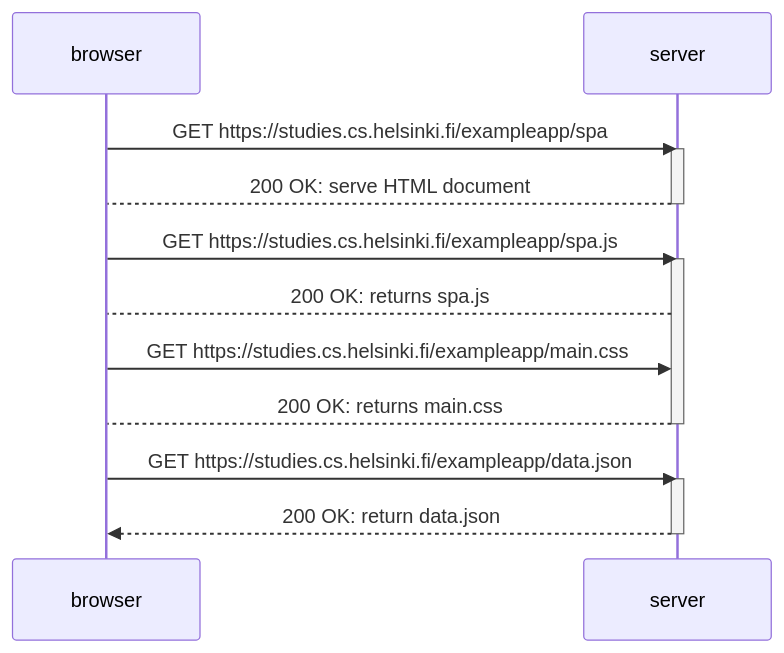
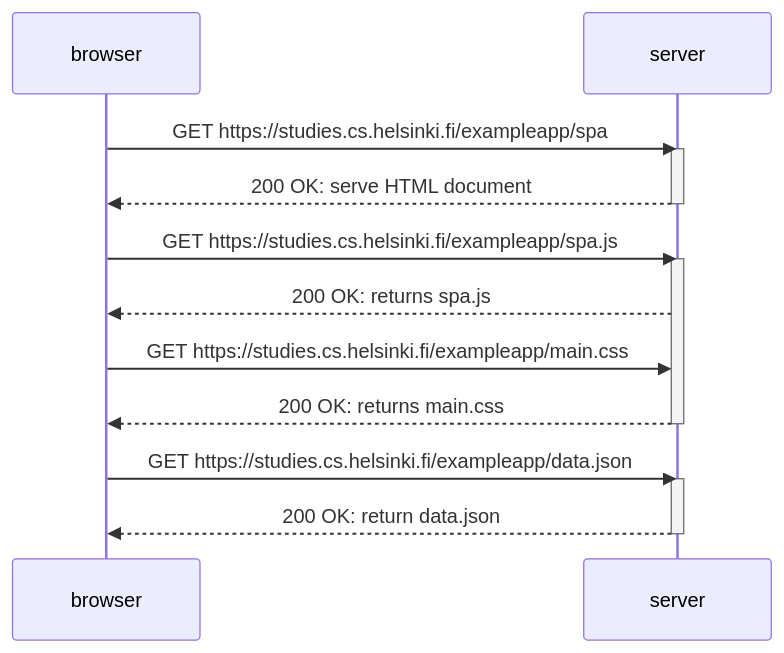
One commit to lolaler/fullstack changed the diagram in part0/spa-diagram.md. Above: the diagram before and after it, drawn with Mermaid.

````diff
--- a/part0/spa-diagram.md
+++ b/part0/spa-diagram.md
@@ -1,23 +1,23 @@
 ```mermaid
 sequenceDiagram
     participant browser
     participant server
 
     browser->>server: GET https://studies.cs.helsinki.fi/exampleapp/spa
     activate server
-    server-->browser: 200 OK: serve HTML document
+    server-->>browser: 200 OK: serve HTML document
     deactivate server
 
     browser->>server: GET https://studies.cs.helsinki.fi/exampleapp/spa.js
     activate server
-    server-->browser: 200 OK: returns spa.js
+    server-->>browser: 200 OK: returns spa.js
     browser->>server: GET https://studies.cs.helsinki.fi/exampleapp/main.css
-    server-->browser: 200 OK: returns main.css
+    server-->>browser: 200 OK: returns main.css
     deactivate server
 
     browser->>server: GET https://studies.cs.helsinki.fi/exampleapp/data.json
     activate server
     server-->>browser: 200 OK: return data.json
     deactivate server
 
 ```
````
